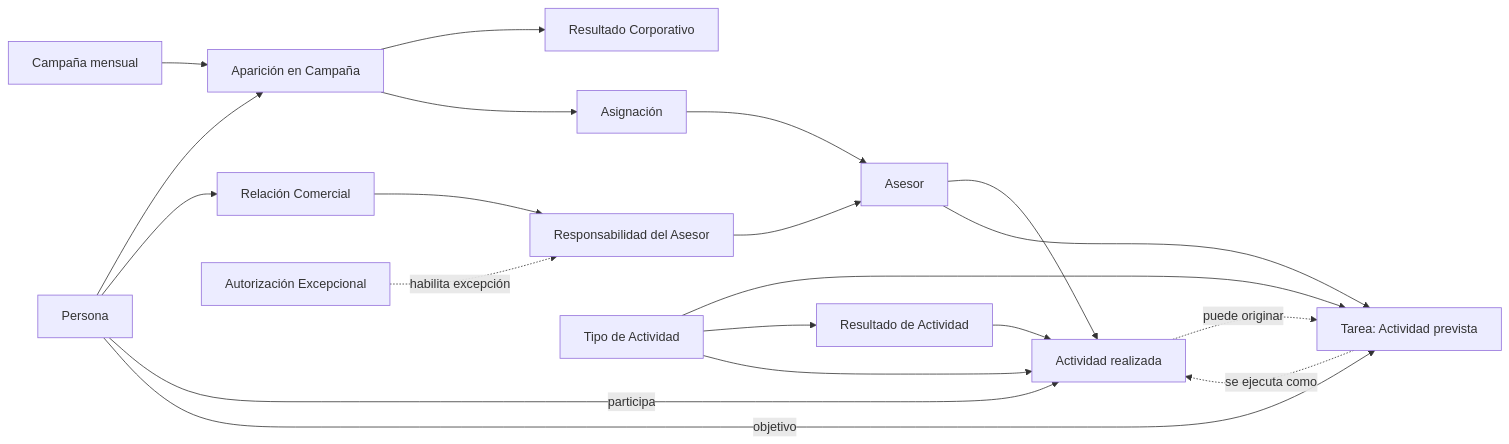
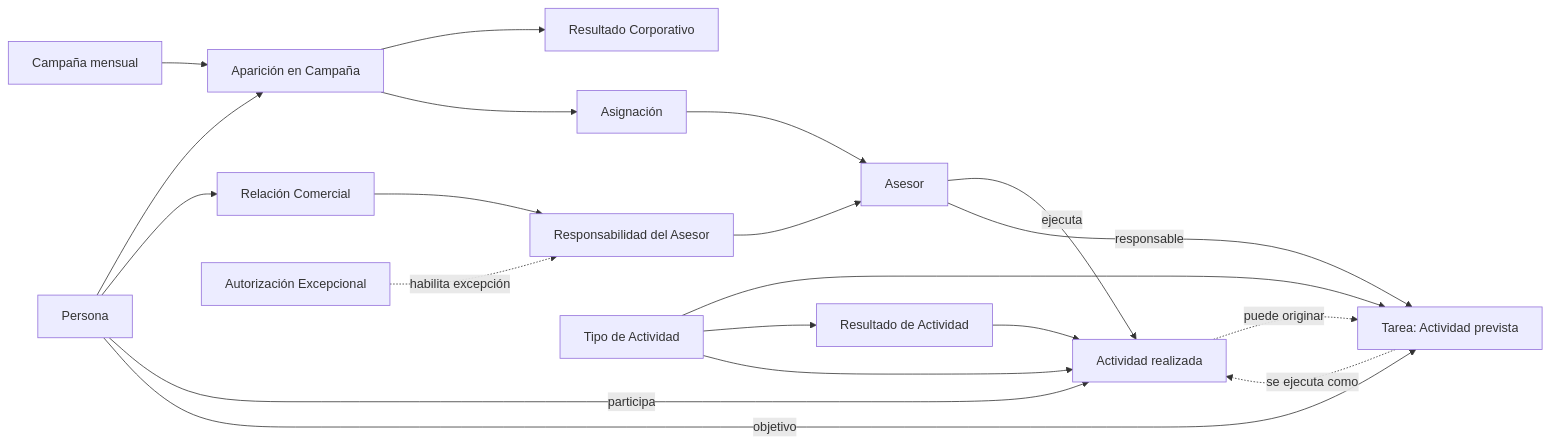
Before and after one commit to guilledpn/KNwS7F_2a2LZ7MS: the diagram in docs/domain/commercial-model.md, drawn with Mermaid. The commit also changed other lines of this file, not shown here.

````diff
--- a/docs/domain/commercial-model.md
+++ b/docs/domain/commercial-model.md
@@ -49,38 +49,38 @@
 ```mermaid
 flowchart LR
     PERSONA[Persona]
     CAMPANIA[Campaña mensual]
     APARICION[Aparición en Campaña]
     RESULTADO[Resultado Corporativo]
     ASIGNACION[Asignación]
     ASESOR[Asesor]
     RELACION[Relación Comercial]
     RESPONSABILIDAD[Responsabilidad del Asesor]
     AUTORIZACION[Autorización Excepcional]
     TIPO[Tipo de Actividad]
     RESACT[Resultado de Actividad]
     ACTIVIDAD[Actividad realizada]
     TAREA[Tarea: Actividad prevista]
 
     PERSONA --> APARICION
     CAMPANIA --> APARICION
     APARICION --> RESULTADO
     APARICION --> ASIGNACION
     ASIGNACION --> ASESOR
 
     PERSONA --> RELACION
     RELACION --> RESPONSABILIDAD
     RESPONSABILIDAD --> ASESOR
     AUTORIZACION -. habilita excepción .-> RESPONSABILIDAD
 
     TIPO --> TAREA
     TIPO --> RESACT
     RESACT --> ACTIVIDAD
     TIPO --> ACTIVIDAD
     PERSONA -->|participa| ACTIVIDAD
-    ASESOR --> ACTIVIDAD
+    ASESOR -->|ejecuta| ACTIVIDAD
     PERSONA -->|objetivo| TAREA
-    ASESOR --> TAREA
+    ASESOR -->|responsable| TAREA
     ACTIVIDAD -. puede originar .-> TAREA
     TAREA -. se ejecuta como .-> ACTIVIDAD
 ```
````
